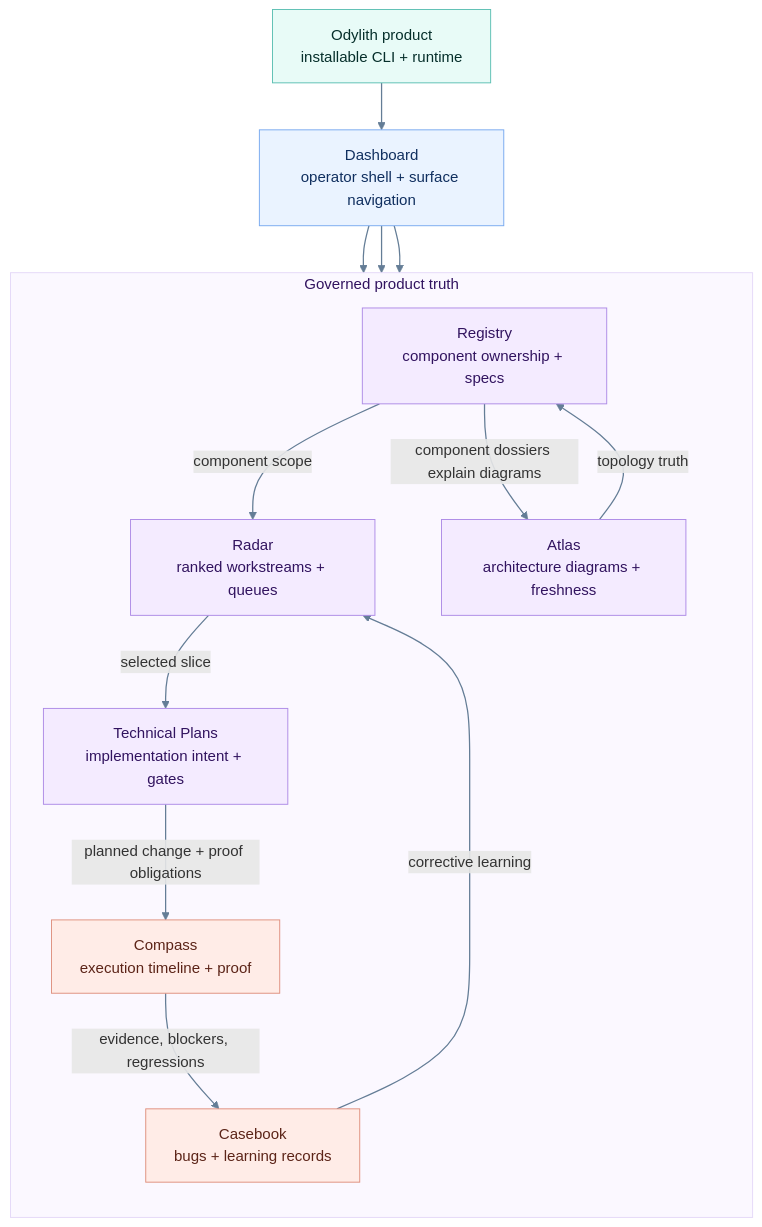
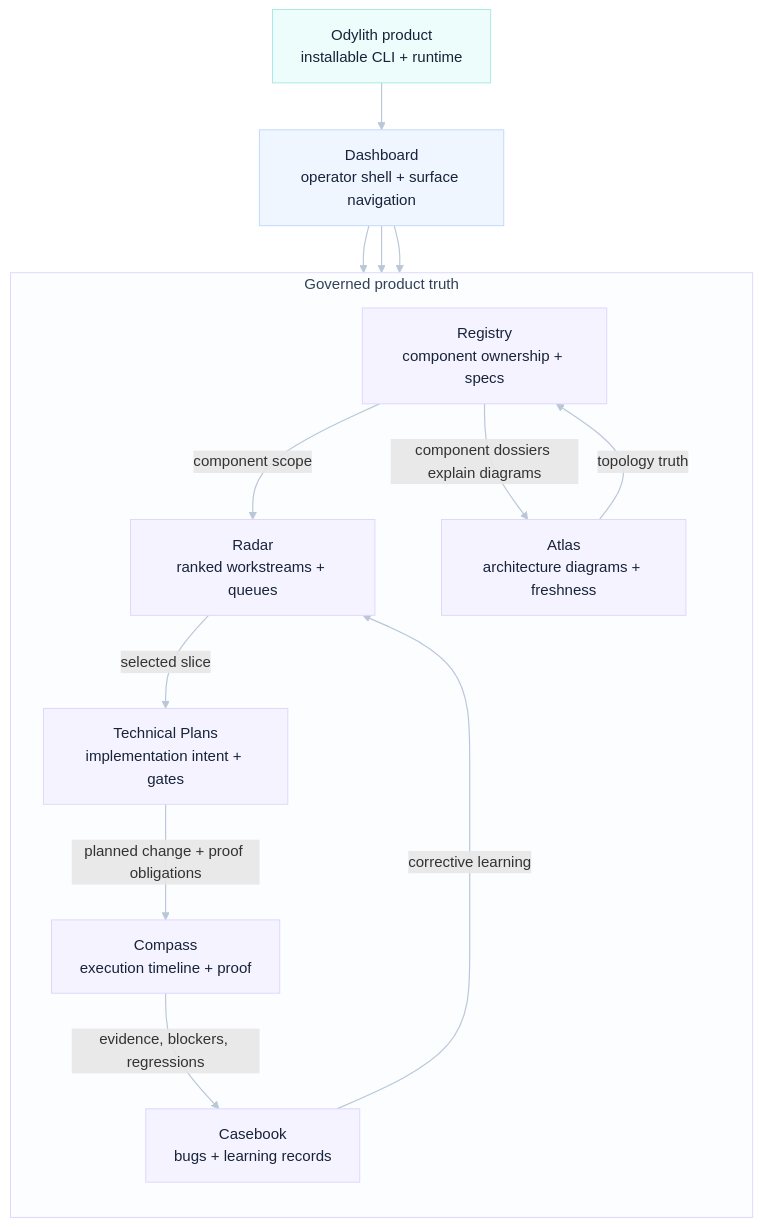
The diagram in odylith/atlas/source/odylith-product-governance-loop.mmd (odylith/odylith), drawn with Mermaid before and after one commit. The commit also changed 115 other files, not shown here.

Commit message:
Apply semantic Atlas diagram palette

```diff
--- a/odylith/atlas/source/odylith-product-governance-loop.mmd
+++ b/odylith/atlas/source/odylith-product-governance-loop.mmd
@@ -1,38 +1,38 @@
 %% Product Governance Loop: read top to bottom from the installable product into the operator shell, then follow the governed truth loop.
 flowchart TB
     odylith["Odylith product<br/>installable CLI + runtime"]
     dashboard["Dashboard<br/>operator shell + surface navigation"]
 
     subgraph truth["Governed product truth"]
         direction TB
         registry["Registry<br/>component ownership + specs"]
         atlas["Atlas<br/>architecture diagrams + freshness"]
         radar["Radar<br/>ranked workstreams + queues"]
         plans["Technical Plans<br/>implementation intent + gates"]
         compass["Compass<br/>execution timeline + proof"]
         casebook["Casebook<br/>bugs + learning records"]
     end
 
     odylith --> dashboard
     dashboard --> radar
     dashboard --> registry
     dashboard --> atlas
 
     registry -- "component scope" --> radar
     radar -- "selected slice" --> plans
     plans -- "planned change + proof obligations" --> compass
     compass -- "evidence, blockers, regressions" --> casebook
     casebook -- "corrective learning" --> radar
     atlas -- "topology truth" --> registry
     registry -- "component dossiers explain diagrams" --> atlas
 
-    classDef product fill:#e8fbf7,stroke:#5bbfb2,color:#062f2b,stroke-width:1px;
-    classDef shell fill:#eaf3ff,stroke:#77a9ef,color:#102f5f,stroke-width:1px;
-    classDef truth fill:#f4ebff,stroke:#ad8ae6,color:#31135f,stroke-width:1px;
-    classDef proof fill:#ffece7,stroke:#df8f7d,color:#5c2418,stroke-width:1px;
+    classDef product fill:#ECFDFB,stroke:#A7E9E3,color:#17233A,stroke-width:1px;
+    classDef shell fill:#EFF6FF,stroke:#BFD7FE,color:#17233A,stroke-width:1px;
+    classDef truth fill:#F5F3FF,stroke:#DDD6FE,color:#17233A,stroke-width:1px;
+    classDef proof fill:#F5F3FF,stroke:#DDD6FE,color:#17233A,stroke-width:1px;
     class odylith product;
     class dashboard shell;
     class registry,atlas,radar,plans truth;
     class compass,casebook proof;
-    style truth fill:#fbf8ff,stroke:#e4d8f8,stroke-width:1px,color:#31135f
-    linkStyle default stroke:#647d96,stroke-width:1.35px
+    style truth fill:#FBFDFF,stroke:#DDD6FE,stroke-width:1px,color:#334155
+    linkStyle default stroke:#B9C7D8,stroke-width:1.25px
```
